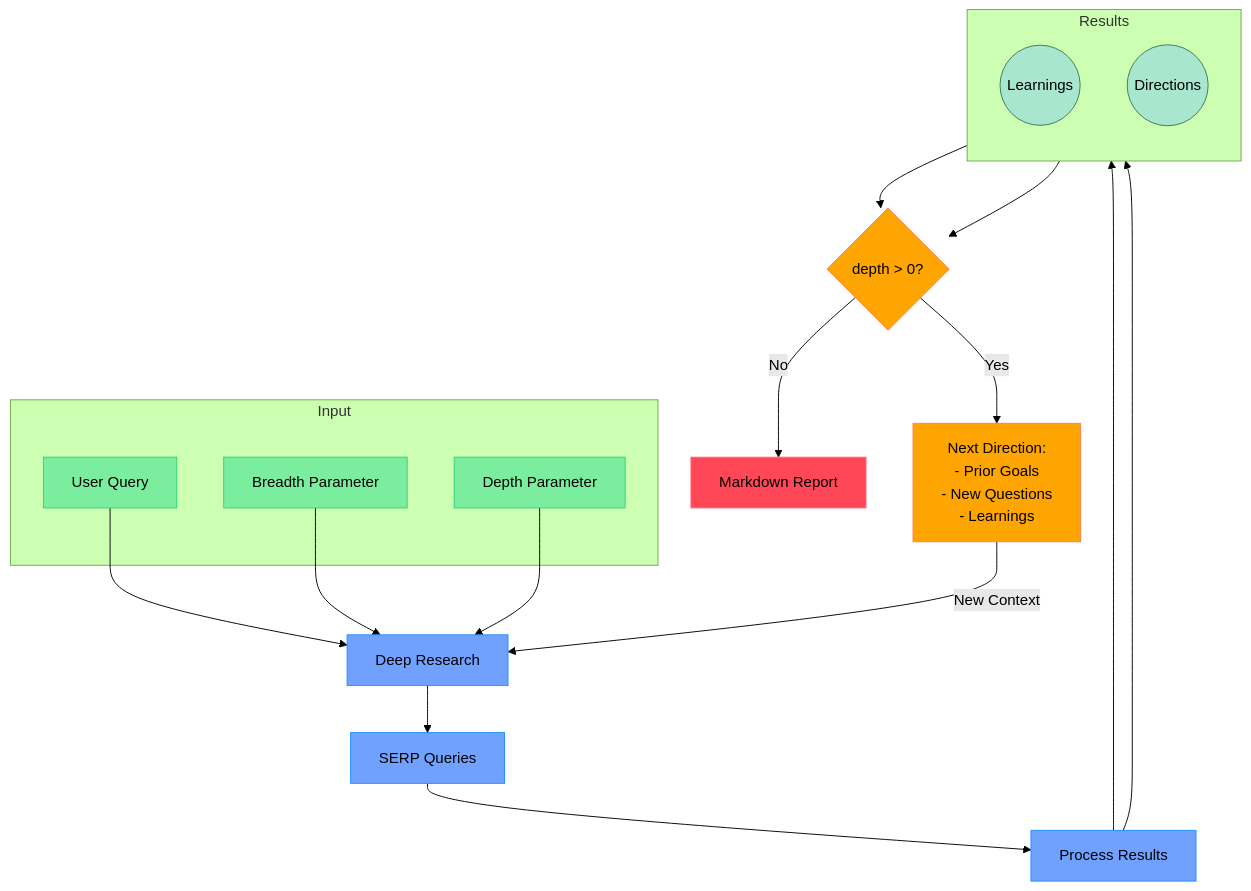
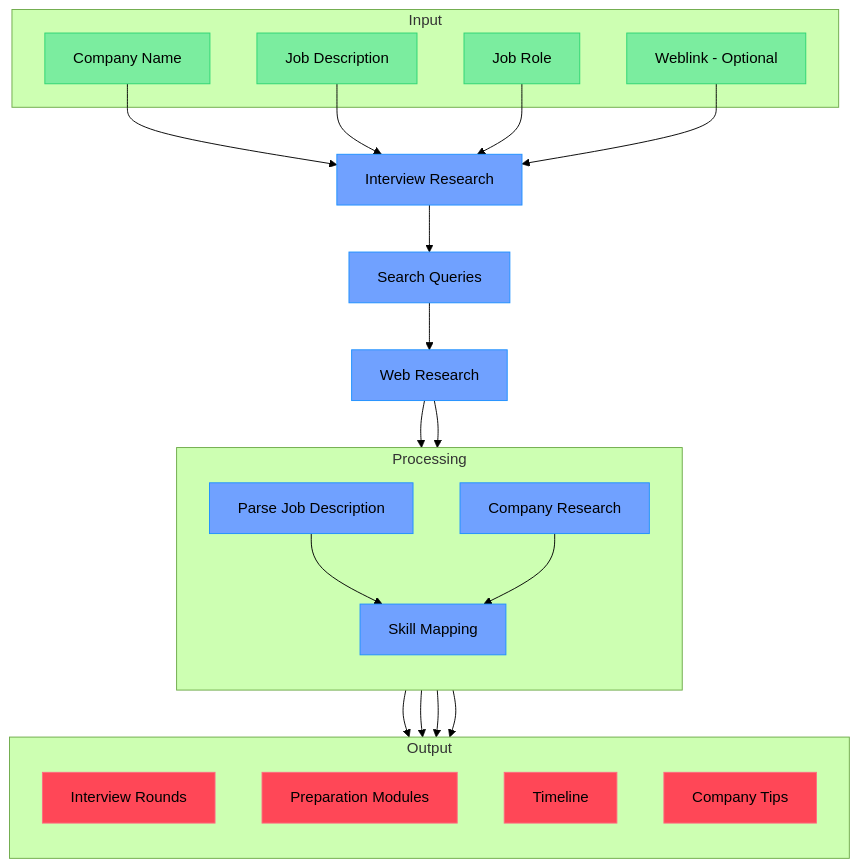
One commit to SHARATHOff/deep-research changed the diagram in README.md. Above: the diagram before and after it, drawn with Mermaid (forest theme). The commit also changed other lines of this file and 40 other files, not shown here.

````diff
--- a/README.md
+++ b/README.md
@@ -11,56 +11,50 @@
 ```mermaid
 flowchart TB
     subgraph Input
-        Q[User Query]
-        B[Breadth Parameter]
-        D[Depth Parameter]
+        CN[Company Name]
+        JD[Job Description]
+        JR[Job Role]
+        WL[Weblink - Optional]
     end
 
-    DR[Deep Research] -->
-    SQ[SERP Queries] -->
-    PR[Process Results]
+    IR[Interview Research] -->
+    SQ[Search Queries] -->
+    WR[Web Research]
 
-    subgraph Results[Results]
+    subgraph Processing[Processing]
         direction TB
-        NL((Learnings))
-        ND((Directions))
+        JD_P[Parse Job Description]
+        CR[Company Research]
+        SM[Skill Mapping]
     end
 
-    PR --> NL
-    PR --> ND
+    WR --> JD_P
+    WR --> CR
+    JD_P --> SM
+    CR --> SM
 
-    DP{depth > 0?}
+    subgraph Output[Output]
+        direction TB
+        IR_R[Interview Rounds]
+        PM[Preparation Modules]
+        TL[Timeline]
+        CS[Company Tips]
+    end
 
-    RD["Next Direction:
-    - Prior Goals
-    - New Questions
-    - Learnings"]
-
-    MR[Markdown Report]
+    SM --> IR_R
+    SM --> PM
+    SM --> TL
+    SM --> CS
 
     %% Main Flow
-    Q & B & D --> DR
-
-    %% Results to Decision
-    NL & ND --> DP
-
-    %% Circular Flow
-    DP -->|Yes| RD
-    RD -->|New Context| DR
-
-    %% Final Output
-    DP -->|No| MR
+    CN & JD & JR & WL --> IR
 
     %% Styling
     classDef input fill:#7bed9f,stroke:#2ed573,color:black
     classDef process fill:#70a1ff,stroke:#1e90ff,color:black
-    classDef recursive fill:#ffa502,stroke:#ff7f50,color:black
     classDef output fill:#ff4757,stroke:#ff6b81,color:black
-    classDef results fill:#a8e6cf,stroke:#3b7a57,color:black
 
-    class Q,B,D input
-    class DR,SQ,PR process
-    class DP,RD recursive
-    class MR output
-    class NL,ND results
+    class CN,JD,JR,WL input
+    class IR,SQ,WR,JD_P,CR,SM process
+    class IR_R,PM,TL,CS output
 ```
````
